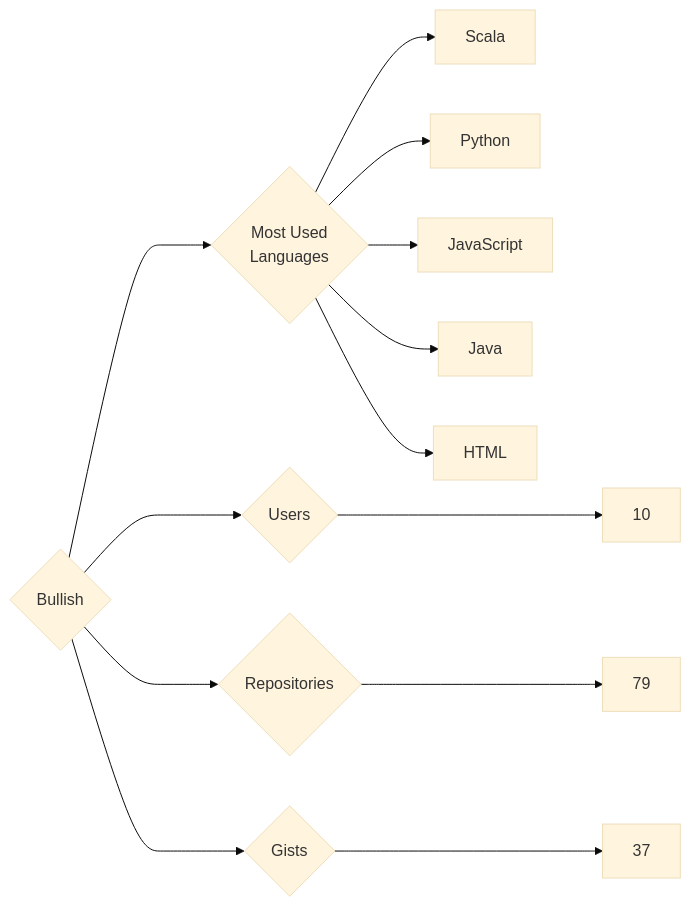
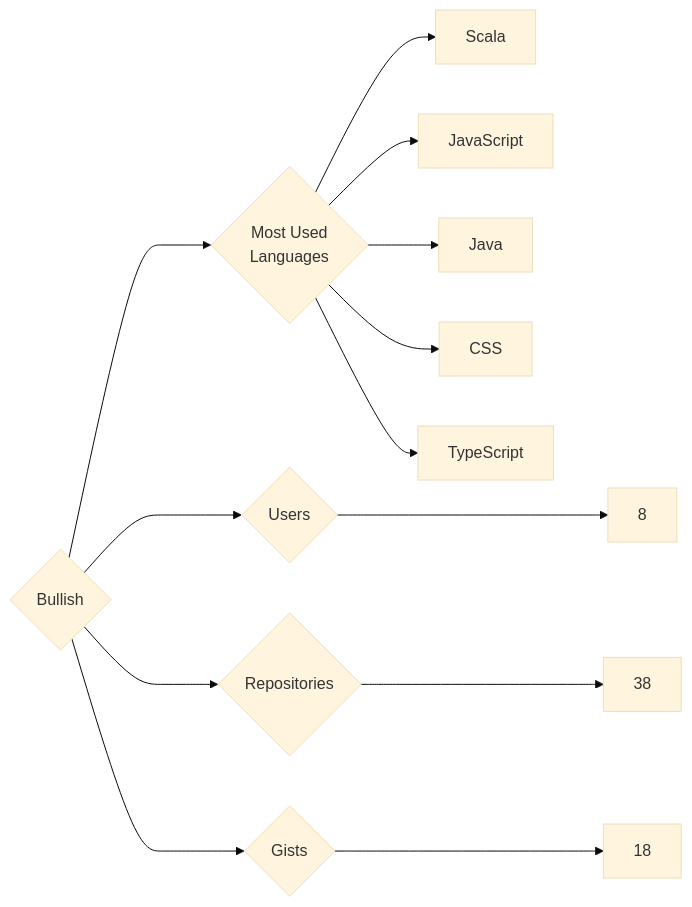
The diagram in targets/Bullish/README.md (trickest/insiders), drawn with Mermaid (base theme) before and after one commit. The commit also changed 1078 other files, not shown here.

````diff
--- a/targets/Bullish/README.md
+++ b/targets/Bullish/README.md
@@ -3,13 +3,13 @@
 ```mermaid
 graph LR
 COMPANY_NAME{Bullish}
-COMPANY_NAME ---> U{Users} ---> UN[10]
-COMPANY_NAME ---> R{Repositories} ---> RN[79]
-COMPANY_NAME ---> G{Gists} ---> GN[37]
+COMPANY_NAME ---> U{Users} ---> UN[8]
+COMPANY_NAME ---> R{Repositories} ---> RN[38]
+COMPANY_NAME ---> G{Gists} ---> GN[18]
 COMPANY_NAME ---> ML{Most Used<br>Languages}
 ML --> Scala[Scala]
-ML --> Python[Python]
 ML --> JavaScript[JavaScript]
 ML --> Java[Java]
-ML --> HTML[HTML]
+ML --> CSS[CSS]
+ML --> TypeScript[TypeScript]
 ```
````
